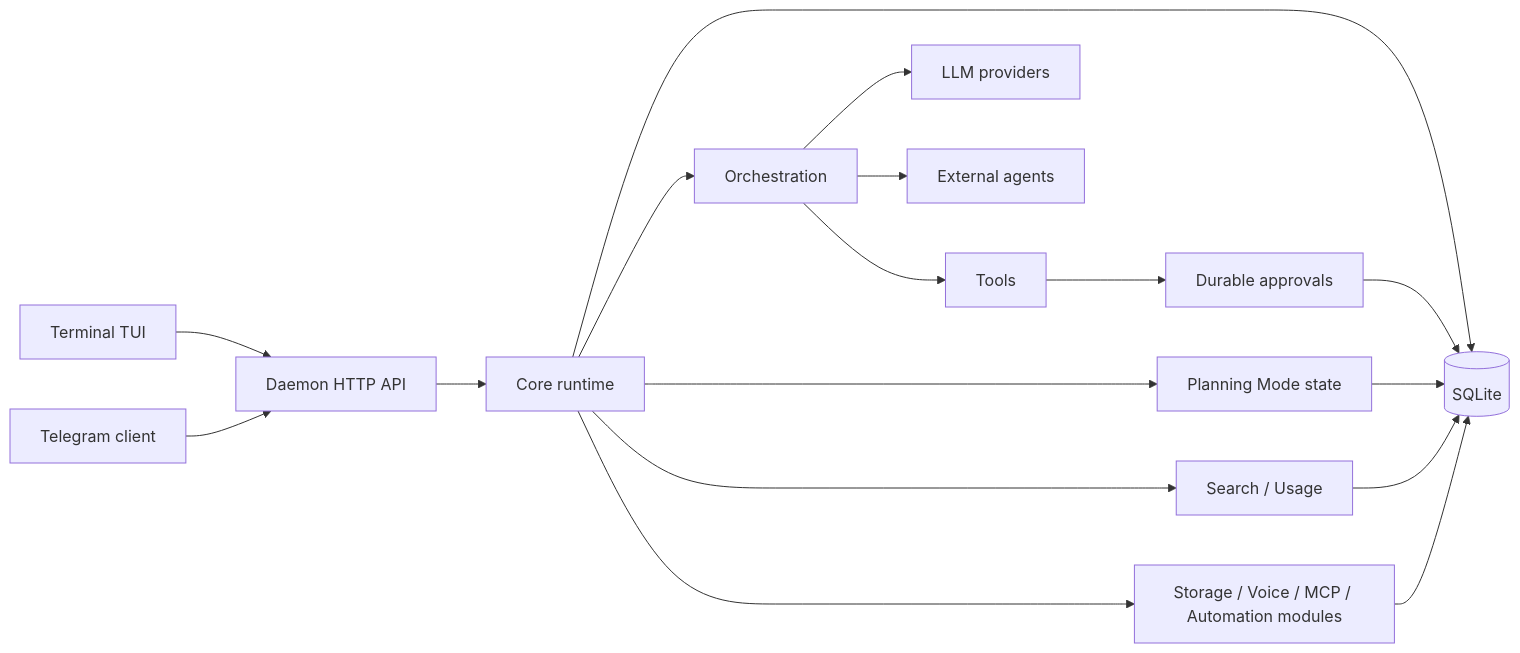
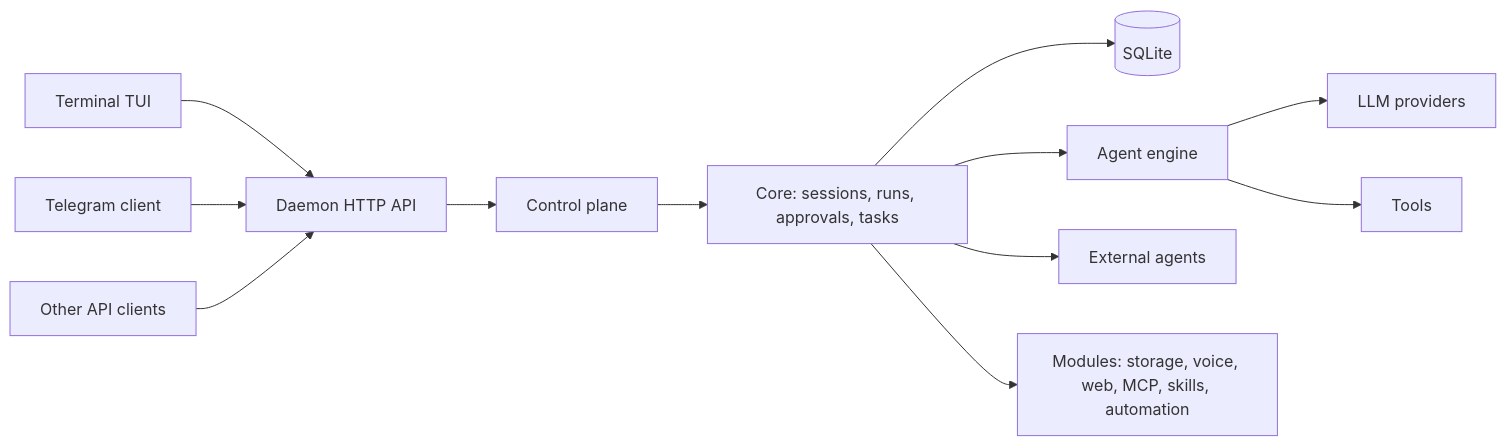
The diagram in data/readmes/Suren878__matrixclaw.md (zqf20096327/dbhub_collect), drawn with Mermaid before and after one commit. The commit also changed other lines of this file and 453 other files, not shown here.

````diff
--- a/data/readmes/Suren878__matrixclaw.md
+++ b/data/readmes/Suren878__matrixclaw.md
@@ -495,19 +263,14 @@
 ```mermaid
 flowchart LR
     TUI[Terminal TUI] --> API[Daemon HTTP API]
     TG[Telegram client] --> API
-    API --> CORE[Core runtime]
+    IOS[Other API clients] --> API
+    API --> CP[Control plane]
+    CP --> CORE[Core: sessions, runs, approvals, tasks]
     CORE --> STORE[(SQLite)]
-    CORE --> ORCH[Orchestration]
-    ORCH --> PROVIDERS[LLM providers]
-    ORCH --> AGENTS[External agents]
-    ORCH --> TOOLS[Tools]
-    TOOLS --> APPROVALS[Durable approvals]
-    APPROVALS --> STORE
-    CORE --> PLAN[Planning Mode state]
-    CORE --> SEARCH[Search / Usage]
-    CORE --> MODULES[Storage / Voice / MCP / Automation modules]
-    PLAN --> STORE
-    SEARCH --> STORE
-    MODULES --> STORE
+    CORE --> ENGINE[Agent engine]
+    CORE --> AGENTS[External agents]
+    ENGINE --> PROVIDERS[LLM providers]
+    ENGINE --> TOOLS[Tools]
+    CORE --> MODULES[Modules: storage, voice, web, MCP, skills, automation]
 ```
````
